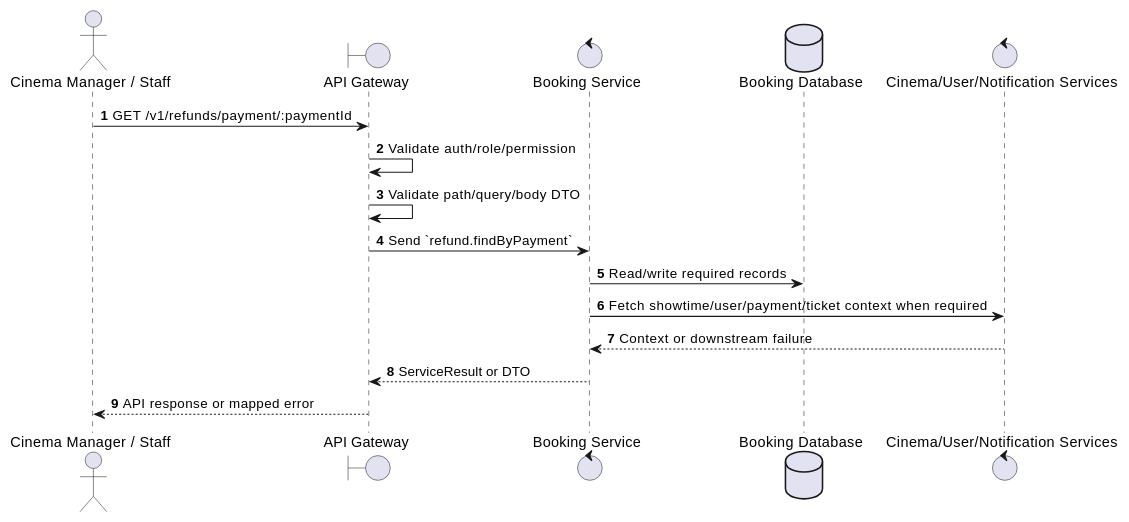
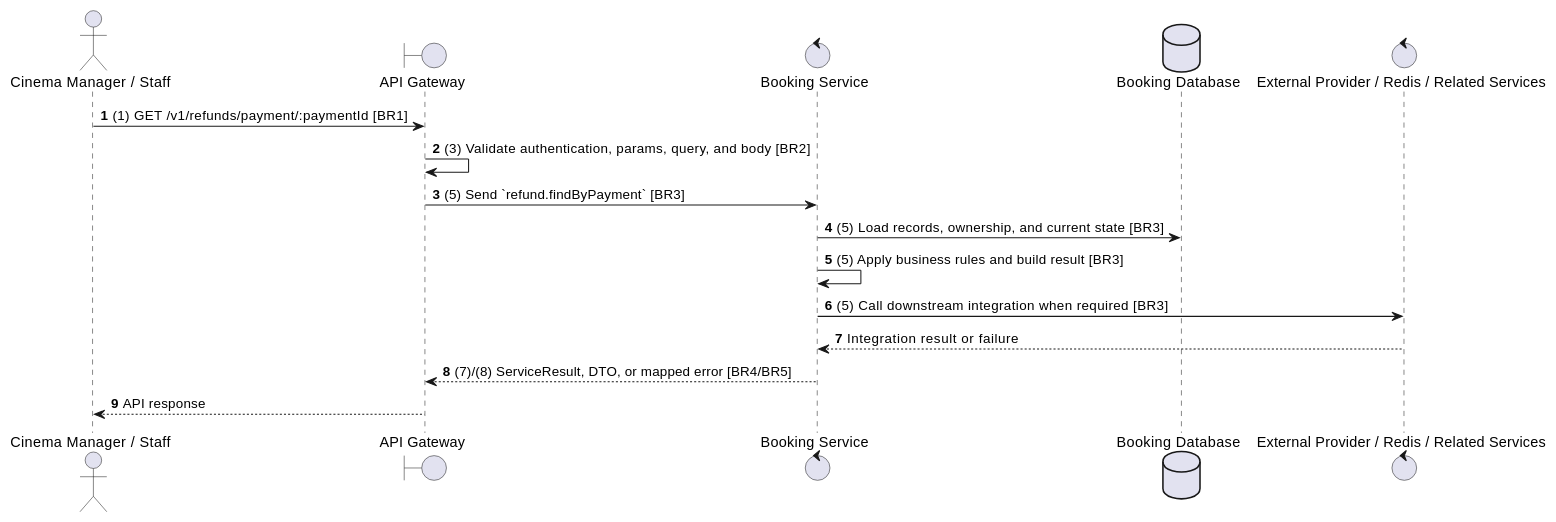
One commit to Tanh1603/movie-hub-architecture changed the second of 2 diagrams in docs/functional_specs/3.8_Refund_Management_Module/RF-04_Find_Refunds_by_Payment.md. Above: the diagram before and after it, drawn with PlantUML. The commit also changed other lines of this file and 129 other files, not shown here.

````diff
--- a/docs/functional_specs/3.8_Refund_Management_Module/RF-04_Find_Refunds_by_Payment.md
+++ b/docs/functional_specs/3.8_Refund_Management_Module/RF-04_Find_Refunds_by_Payment.md
@@ -17,20 +64,20 @@
 ```plantuml
 @startuml
 autonumber
 actor "Cinema Manager / Staff" as Actor
 boundary "API Gateway" as GW
 control "Booking Service" as SVC
 database "Booking Database" as DB
-control "Cinema/User/Notification Services" as EXT
+control "External Provider / Redis / Related Services" as EXT
 
-Actor -> GW: GET /v1/refunds/payment/:paymentId
-GW -> GW: Validate auth/role/permission
-GW -> GW: Validate path/query/body DTO
-GW -> SVC: Send `refund.findByPayment`
-SVC -> DB: Read/write required records
-SVC -> EXT: Fetch showtime/user/payment/ticket context when required
-EXT --> SVC: Context or downstream failure
-SVC --> GW: ServiceResult or DTO
-GW --> Actor: API response or mapped error
+Actor -> GW: (1) GET /v1/refunds/payment/:paymentId [BR1]
+GW -> GW: (3) Validate authentication, params, query, and body [BR2]
+GW -> SVC: (5) Send `refund.findByPayment` [BR3]
+SVC -> DB: (5) Load records, ownership, and current state [BR3]
+SVC -> SVC: (5) Apply business rules and build result [BR3]
+SVC -> EXT: (5) Call downstream integration when required [BR3]
+EXT --> SVC: Integration result or failure
+SVC --> GW: (7)/(8) ServiceResult, DTO, or mapped error [BR4/BR5]
+GW --> Actor: API response
 @enduml
 ```
````
